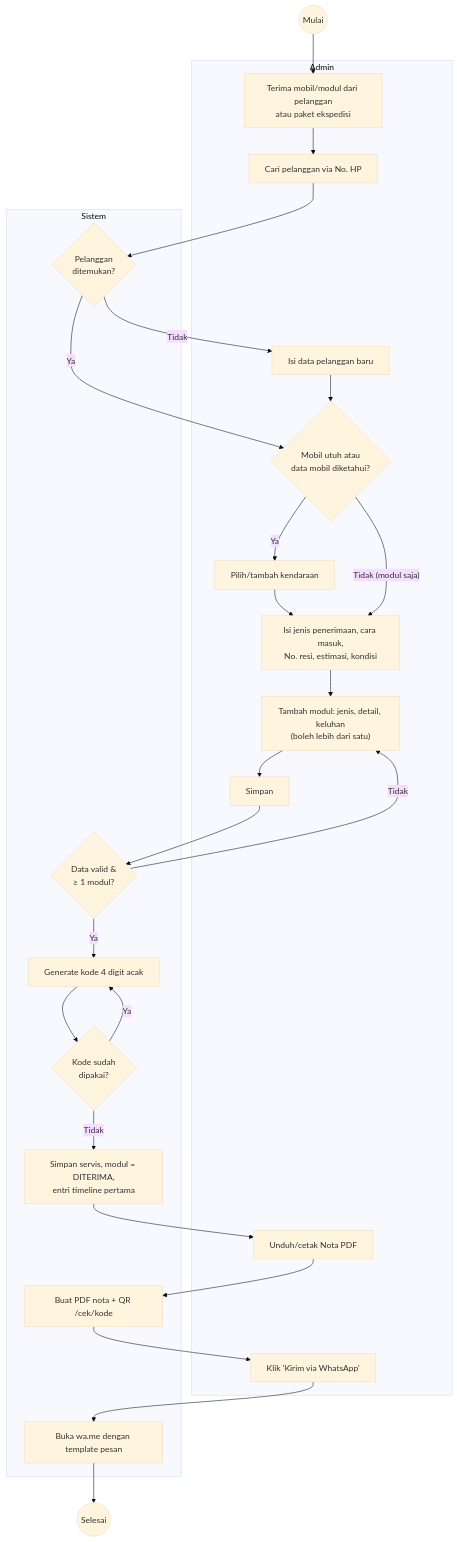
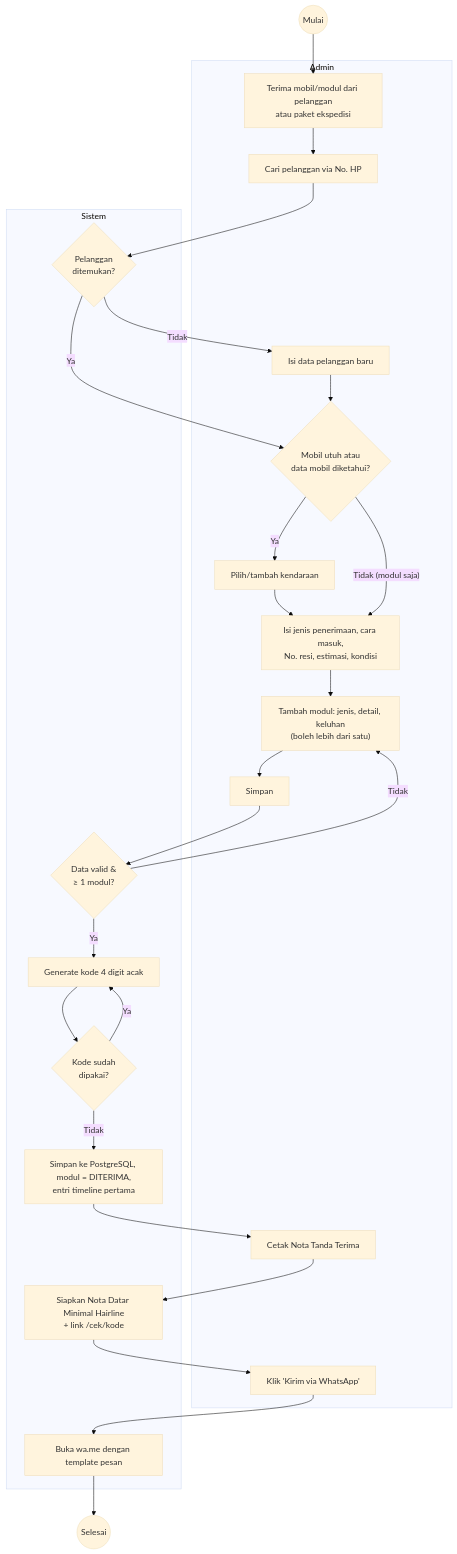
One commit to feb027/Capstone_Multitech changed the first of 6 diagrams in docs/04-activity-diagram.md. Above: the diagram before and after it, drawn with Mermaid (base theme). The commit also changed other lines of this file and 13 other files, not shown here.

Commit message:
docs(capstone): sync specifications, add Mermaid architecture diagrams, UNSIL report materials, and comprehensive README

````diff
--- a/docs/04-activity-diagram.md
+++ b/docs/04-activity-diagram.md
@@ -7,34 +7,34 @@
 ```mermaid
 flowchart TD
     S((Mulai)) --> A1
     subgraph ADM["Admin"]
         A1["Terima mobil/modul dari pelanggan<br/>atau paket ekspedisi"] --> A2["Cari pelanggan via No. HP"]
         A3["Isi data pelanggan baru"]
         A4{"Mobil utuh atau<br/>data mobil diketahui?"}
         A5["Pilih/tambah kendaraan"]
         A6["Isi jenis penerimaan, cara masuk,<br/>No. resi, estimasi, kondisi"]
         A7["Tambah modul: jenis, detail, keluhan<br/>(boleh lebih dari satu)"]
         A8["Simpan"]
-        A9["Unduh/cetak Nota PDF"]
+        A9["Cetak Nota Tanda Terima"]
         A10["Klik 'Kirim via WhatsApp'"]
     end
     subgraph SYS["Sistem"]
         S1{"Pelanggan<br/>ditemukan?"}
         S2{"Data valid &<br/>≥ 1 modul?"}
         S3["Generate kode 4 digit acak"]
         S4{"Kode sudah<br/>dipakai?"}
-        S5["Simpan servis, modul = DITERIMA,<br/>entri timeline pertama"]
-        S6["Buat PDF nota + QR /cek/kode"]
+        S5["Simpan ke PostgreSQL, modul = DITERIMA,<br/>entri timeline pertama"]
+        S6["Siapkan Nota Datar Minimal Hairline<br/>+ link /cek/kode"]
         S7["Buka wa.me dengan template pesan"]
     end
     A2 --> S1
     S1 -- Ya --> A4
     S1 -- Tidak --> A3 --> A4
     A4 -- Ya --> A5 --> A6
     A4 -- "Tidak (modul saja)" --> A6
     A6 --> A7 --> A8 --> S2
     S2 -- Tidak --> A7
     S2 -- Ya --> S3 --> S4
     S4 -- Ya --> S3
     S4 -- Tidak --> S5 --> A9 --> S6 --> A10 --> S7 --> E((Selesai))
 ```
````
